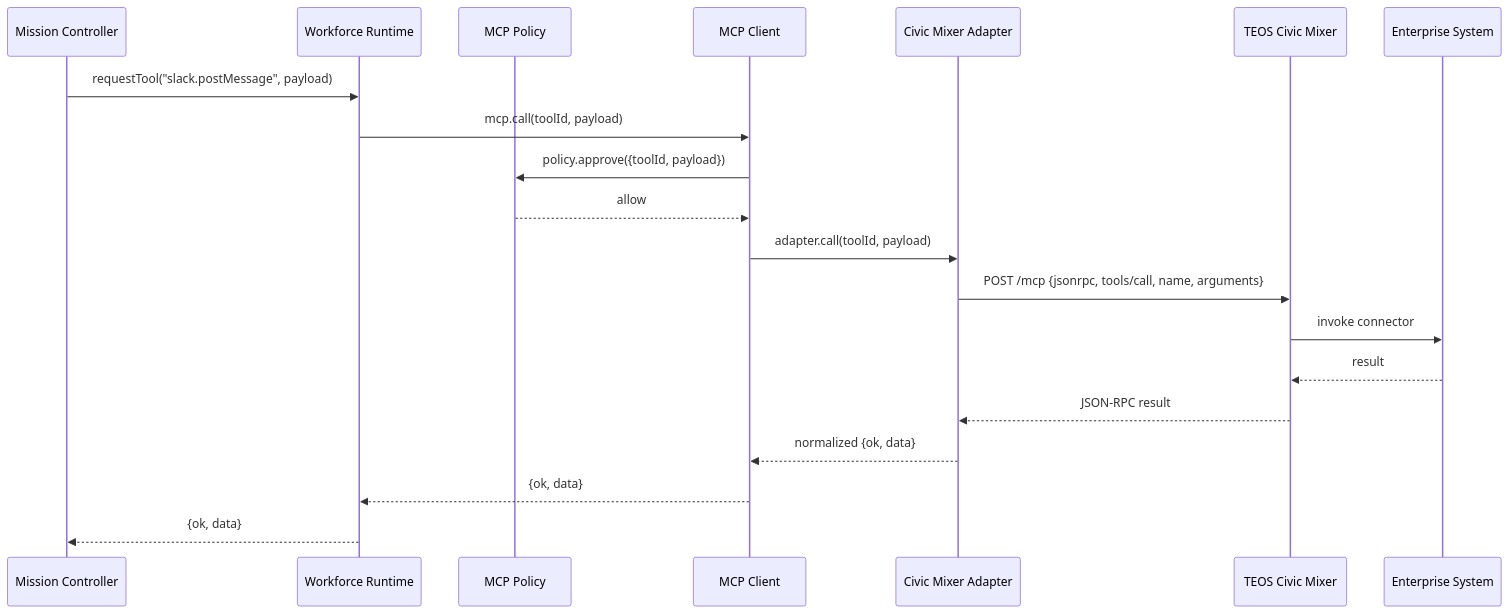
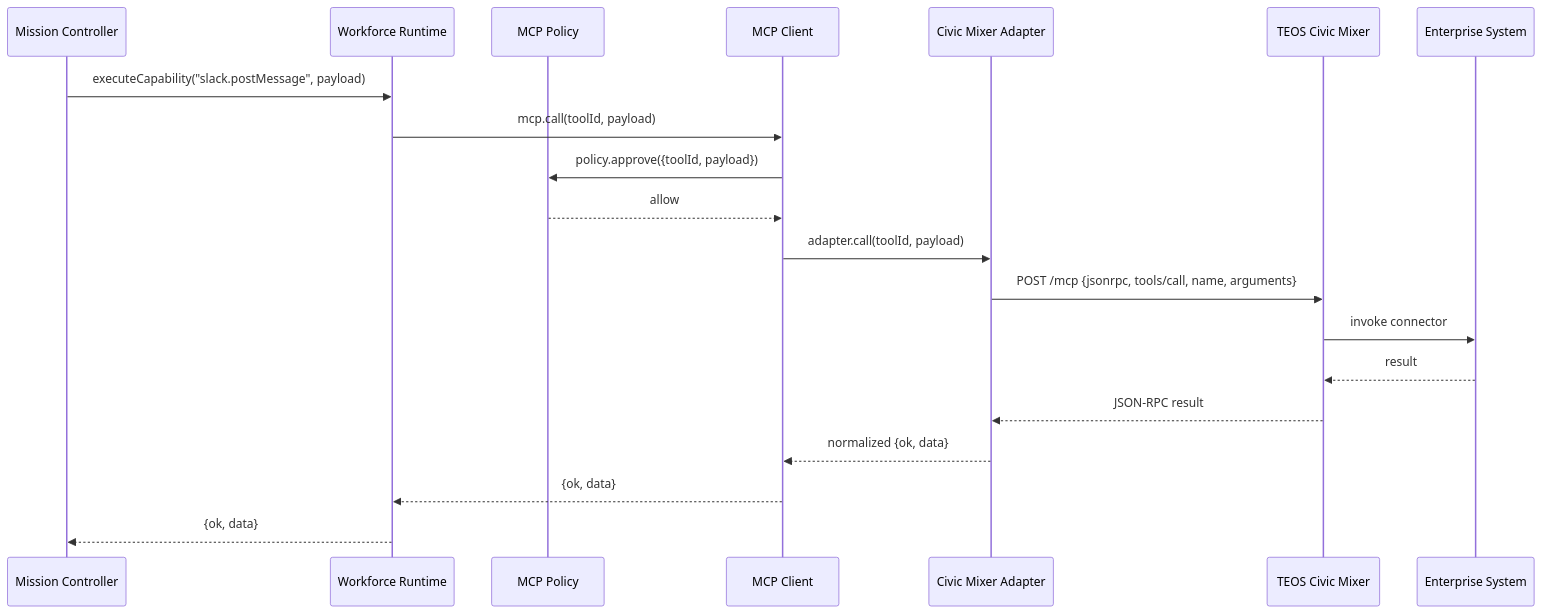
Before and after one commit to Elmahrosa/teos-dealmaker: the first of 4 diagrams in docs/MCP_ARCHITECTURE.md, drawn with Mermaid. The commit also changed other lines of this file and 5 other files, not shown here.

First line of the commit message:
refactor(mcp): rename requestTool to executeCapability

````diff
--- a/docs/MCP_ARCHITECTURE.md
+++ b/docs/MCP_ARCHITECTURE.md
@@ -64,23 +64,23 @@
 ```mermaid
 sequenceDiagram
     participant M as Mission Controller
     participant W as Workforce Runtime
     participant P as MCP Policy
     participant C as MCP Client
     participant A as Civic Mixer Adapter
     participant G as TEOS Civic Mixer
     participant E as Enterprise System
 
-    M->>W: requestTool("slack.postMessage", payload)
+    M->>W: executeCapability("slack.postMessage", payload)
     W->>C: mcp.call(toolId, payload)
     C->>P: policy.approve({toolId, payload})
     P-->>C: allow
     C->>A: adapter.call(toolId, payload)
     A->>G: POST /mcp {jsonrpc, tools/call, name, arguments}
     G->>E: invoke connector
     E-->>G: result
     G-->>A: JSON-RPC result
     A-->>C: normalized {ok, data}
     C-->>W: {ok, data}
     W-->>M: {ok, data}
 ```
````
